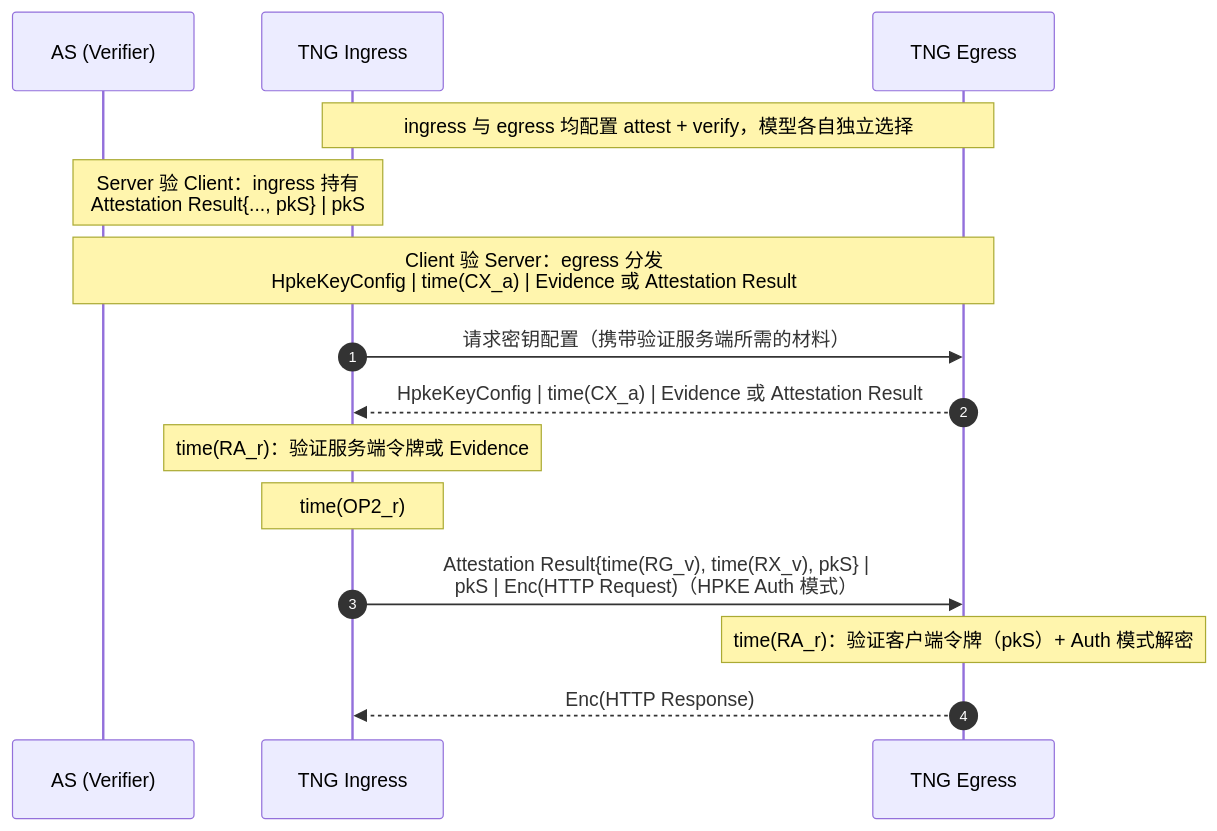
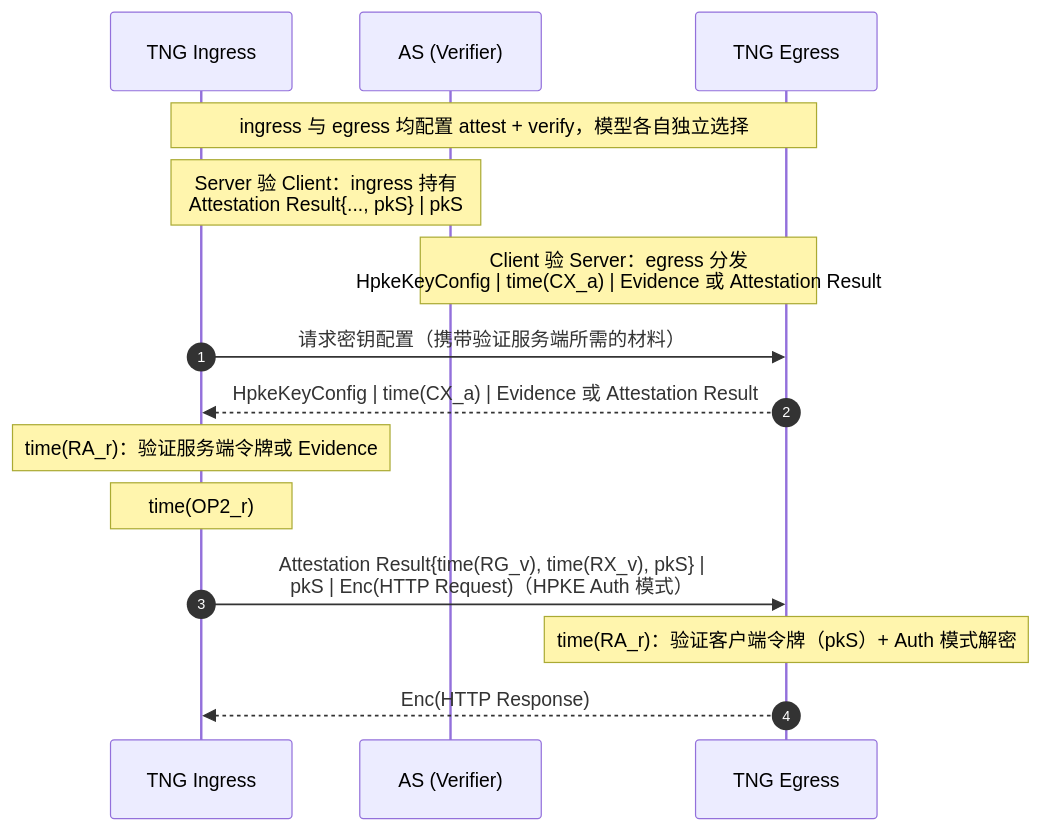
The sixth of 12 diagrams in docs/protocols_zh.md (inclavare-containers/TNG), drawn with Mermaid before and after one commit. The commit also changed other lines of this file and 4 other files, not shown here.

````diff
--- a/docs/protocols_zh.md
+++ b/docs/protocols_zh.md
@@ -367,17 +369,17 @@
 ```mermaid
 sequenceDiagram
     autonumber
+    participant I as TNG Ingress
     participant V as AS (Verifier)
-    participant I as TNG Ingress
     participant E as TNG Egress
     Note over I,E: ingress 与 egress 均配置 attest + verify，模型各自独立选择
     Note over V,I: Server 验 Client：ingress 持有<br/>Attestation Result{..., pkS} | pkS
     Note over V,E: Client 验 Server：egress 分发<br/>HpkeKeyConfig | time(CX_a) | Evidence 或 Attestation Result
     I->>E: 请求密钥配置（携带验证服务端所需的材料）
     E-->>I: HpkeKeyConfig | time(CX_a) | Evidence 或 Attestation Result
     Note over I: time(RA_r)：验证服务端令牌或 Evidence
     Note over I: time(OP2_r)
     I->>E: Attestation Result{time(RG_v), time(RX_v), pkS} |<br/>pkS | Enc(HTTP Request)（HPKE Auth 模式）
     Note over E: time(RA_r)：验证客户端令牌（pkS）+ Auth 模式解密
     E-->>I: Enc(HTTP Response)
 ```
````
